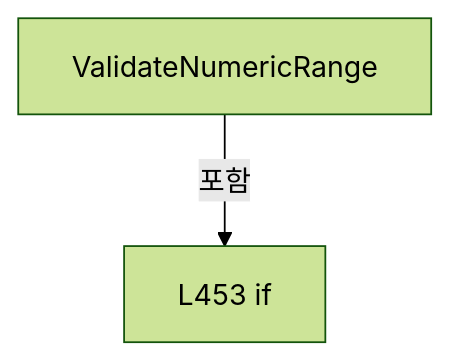
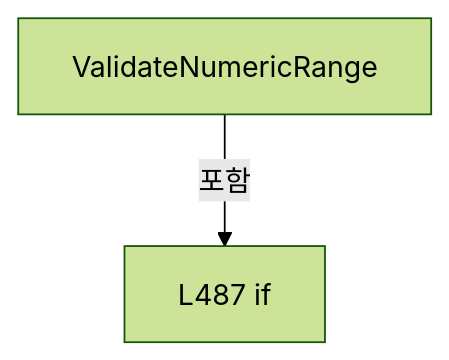
One commit to kjuws10-rgb/Shared changed diagram 12 of 17 in A3 LD Code Ref/files/Drilling.File/JHMI/CSettingFile.cs.md. Above: the diagram before and after it, drawn with Mermaid (forest theme). The commit also changed other lines of this file and 1984 other files, not shown here.

Commit message:
docs(a3): update 11.17.0 architecture and complete code reference

````diff
--- a/A3 LD Code Ref/files/Drilling.File/JHMI/CSettingFile.cs.md
+++ b/A3 LD Code Ref/files/Drilling.File/JHMI/CSettingFile.cs.md
@@ -2054,6 +2123,6 @@
 ```mermaid
 flowchart TD
  M["ValidateNumericRange"]
- N0["L453 if"]
+ N0["L487 if"]
  M -->|포함| N0
 ```
````
